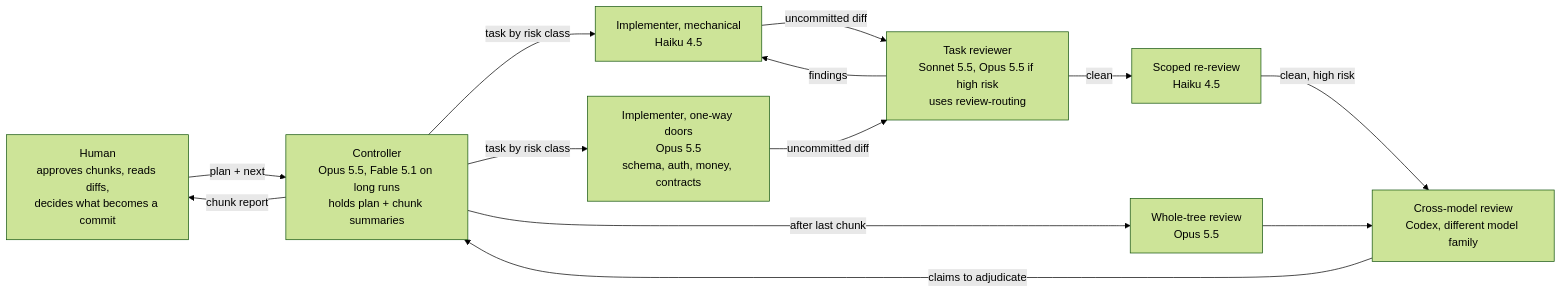
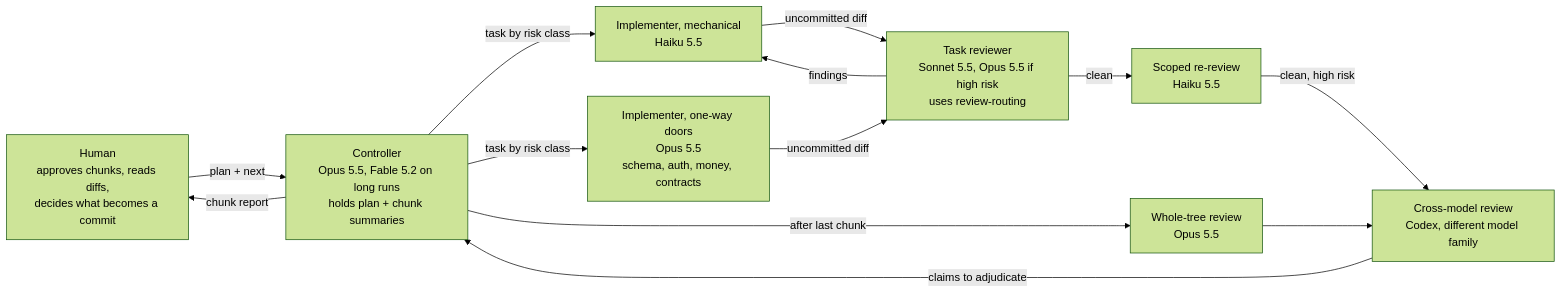
One commit to vilkoalexander/delivery-skills changed the diagram in diagrams/roles-and-models.mmd. Above: the diagram before and after it, drawn with Mermaid (forest theme). The commit also changed 4 other files, not shown here.

Commit message:
docs: model lineup for Fable 5.2, Haiku 5.5

```diff
--- a/diagrams/roles-and-models.mmd
+++ b/diagrams/roles-and-models.mmd
@@ -1,20 +1,20 @@
 graph LR
   H[Human<br/>approves chunks, reads diffs,<br/>decides what becomes a commit]
-  C[Controller<br/>Opus 5.5, Fable 5.1 on long runs<br/>holds plan + chunk summaries]
-  IM[Implementer, mechanical<br/>Haiku 4.5]
+  C[Controller<br/>Opus 5.5, Fable 5.2 on long runs<br/>holds plan + chunk summaries]
+  IM[Implementer, mechanical<br/>Haiku 5.5]
   IO[Implementer, one-way doors<br/>Opus 5.5<br/>schema, auth, money, contracts]
   RV[Task reviewer<br/>Sonnet 5.5, Opus 5.5 if high risk<br/>uses review-routing]
-  RR[Scoped re-review<br/>Haiku 4.5]
+  RR[Scoped re-review<br/>Haiku 5.5]
   FW[Whole-tree review<br/>Opus 5.5]
   XM[Cross-model review<br/>Codex, different model family]
   H -- plan + next --> C
   C -- task by risk class --> IM
   C -- task by risk class --> IO
   IM & IO -- uncommitted diff --> RV
   RV -- findings --> IM
   RV -- clean --> RR
   RR -- clean, high risk --> XM
   XM -- claims to adjudicate --> C
   C -- after last chunk --> FW
   FW --> XM
   C -- chunk report --> H
```
